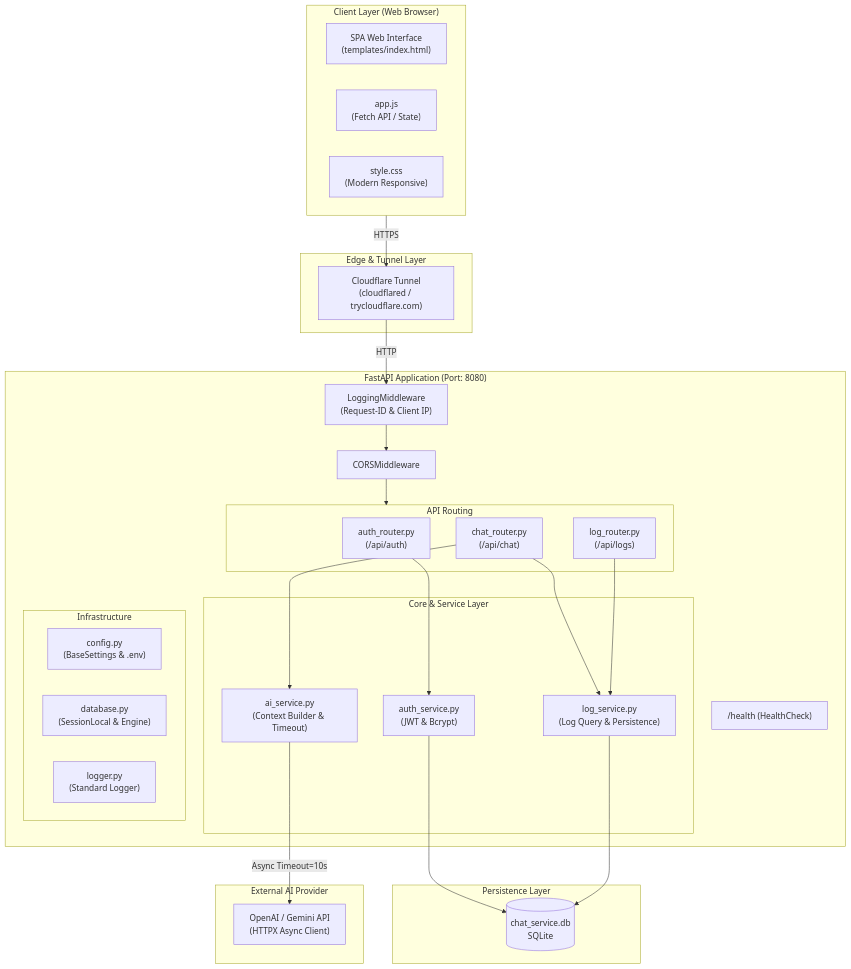
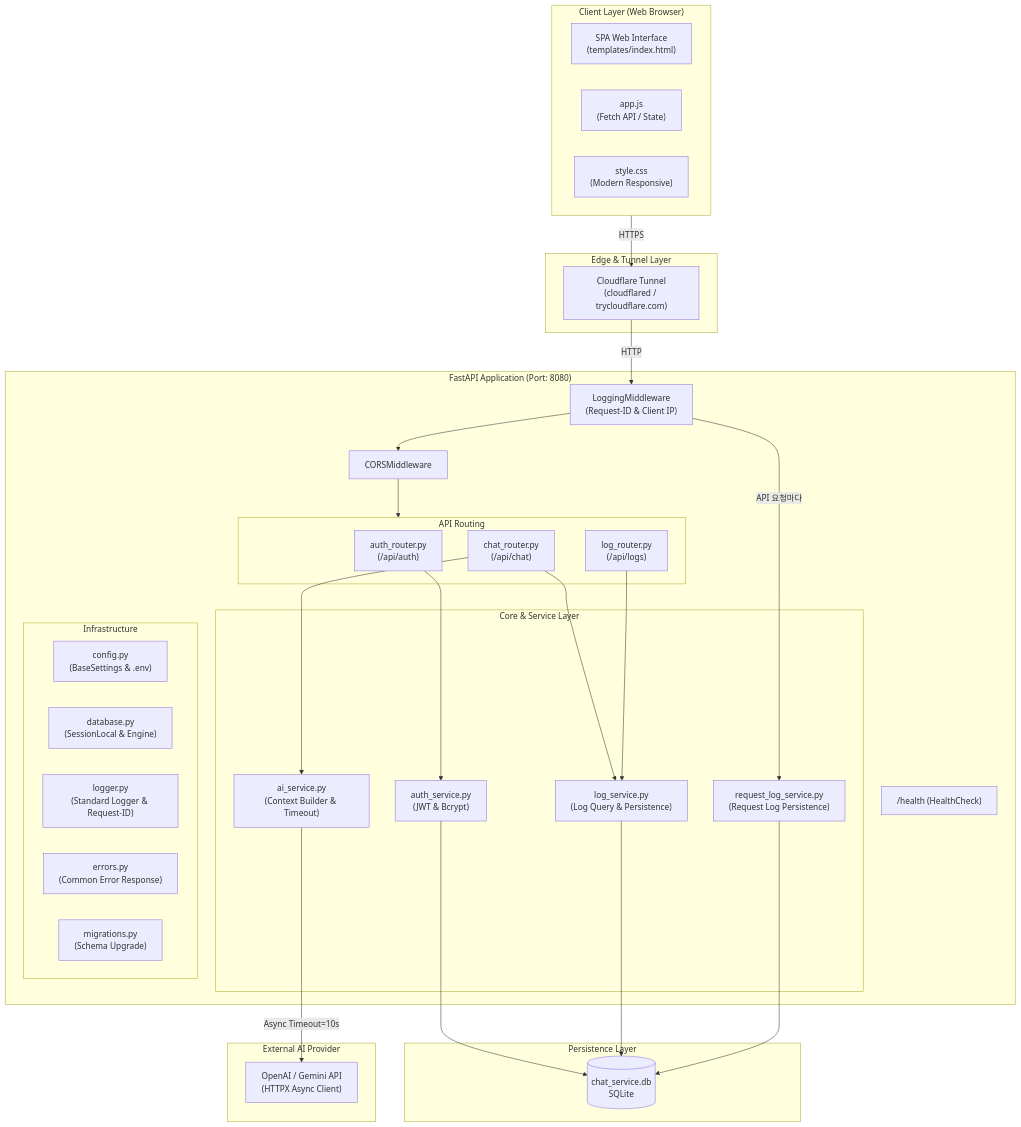
One commit to jha21vvv/codyssey-b7-1 changed the first of 2 diagrams in README.md. Above: the diagram before and after it, drawn with Mermaid. The commit also changed other lines of this file, not shown here.

````diff
--- a/README.md
+++ b/README.md
@@ -39,56 +39,61 @@
 ```mermaid
 flowchart TB
     subgraph Client ["Client Layer (Web Browser)"]
         UI["SPA Web Interface<br>(templates/index.html)"]
         JS["app.js<br>(Fetch API / State)"]
         CSS["style.css<br>(Modern Responsive)"]
     end
 
     subgraph Proxy ["Edge & Tunnel Layer"]
         CFTunnel["Cloudflare Tunnel<br>(cloudflared / trycloudflare.com)"]
     end
 
     subgraph Backend ["FastAPI Application (Port: 8080)"]
         MW["LoggingMiddleware<br>(Request-ID & Client IP)"]
         CORS["CORSMiddleware"]
         Health["/health (HealthCheck)"]
 
         subgraph Routers ["API Routing"]
             R_Auth["auth_router.py<br>(/api/auth)"]
             R_Chat["chat_router.py<br>(/api/chat)"]
             R_Log["log_router.py<br>(/api/logs)"]
         end
 
         subgraph Services ["Core & Service Layer"]
             S_Auth["auth_service.py<br>(JWT & Bcrypt)"]
             S_AI["ai_service.py<br>(Context Builder & Timeout)"]
             S_Log["log_service.py<br>(Log Query & Persistence)"]
+            S_Req["request_log_service.py<br>(Request Log Persistence)"]
         end
 
         subgraph Core ["Infrastructure"]
             CFG["config.py<br>(BaseSettings & .env)"]
             DB_ENG["database.py<br>(SessionLocal & Engine)"]
-            LOG["logger.py<br>(Standard Logger)"]
+            LOG["logger.py<br>(Standard Logger & Request-ID)"]
+            ERR["errors.py<br>(Common Error Response)"]
+            MIG["migrations.py<br>(Schema Upgrade)"]
         end
     end
 
     subgraph Storage ["Persistence Layer"]
         DB[(chat_service.db<br>SQLite)]
     end
 
     subgraph ExternalAI ["External AI Provider"]
         AI_API["OpenAI / Gemini API<br>(HTTPX Async Client)"]
     end
 
     Client -->|HTTPS| CFTunnel
     CFTunnel -->|HTTP| MW
     MW --> CORS
     CORS --> Routers
     R_Auth --> S_Auth
     R_Chat --> S_AI
     R_Chat --> S_Log
     R_Log --> S_Log
     S_Auth --> DB
     S_Log --> DB
+    MW -->|API 요청마다| S_Req
+    S_Req --> DB
     S_AI -->|Async Timeout=10s| AI_API
 ```
````
